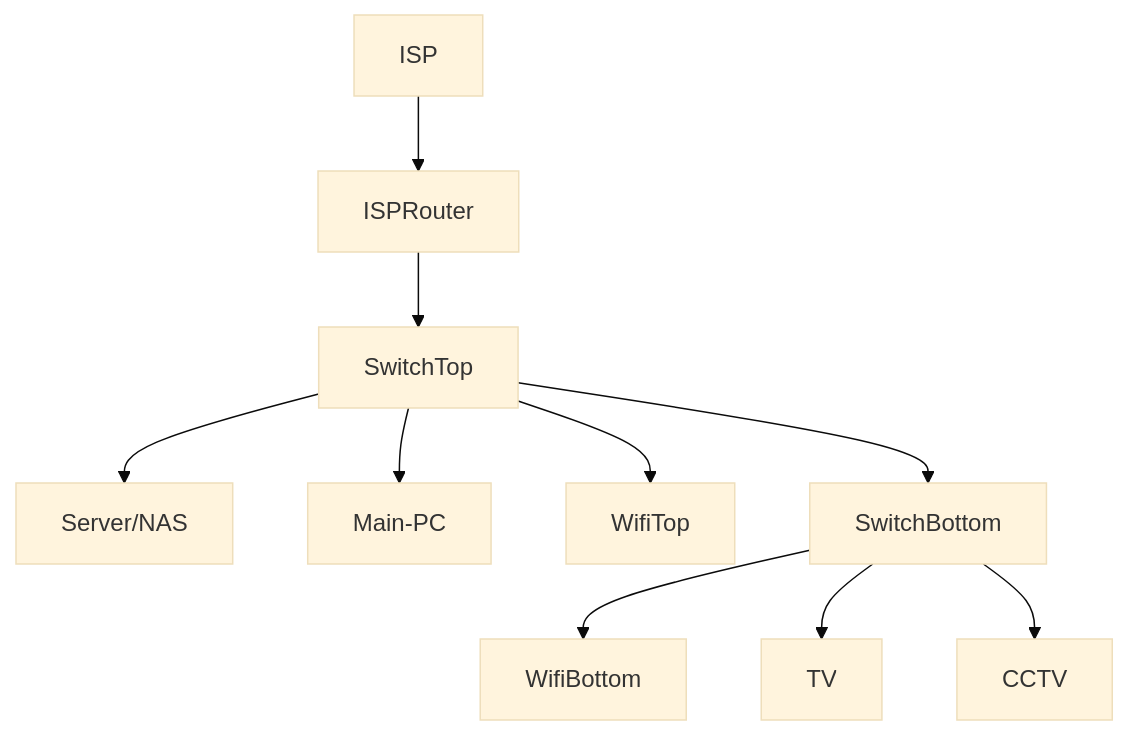
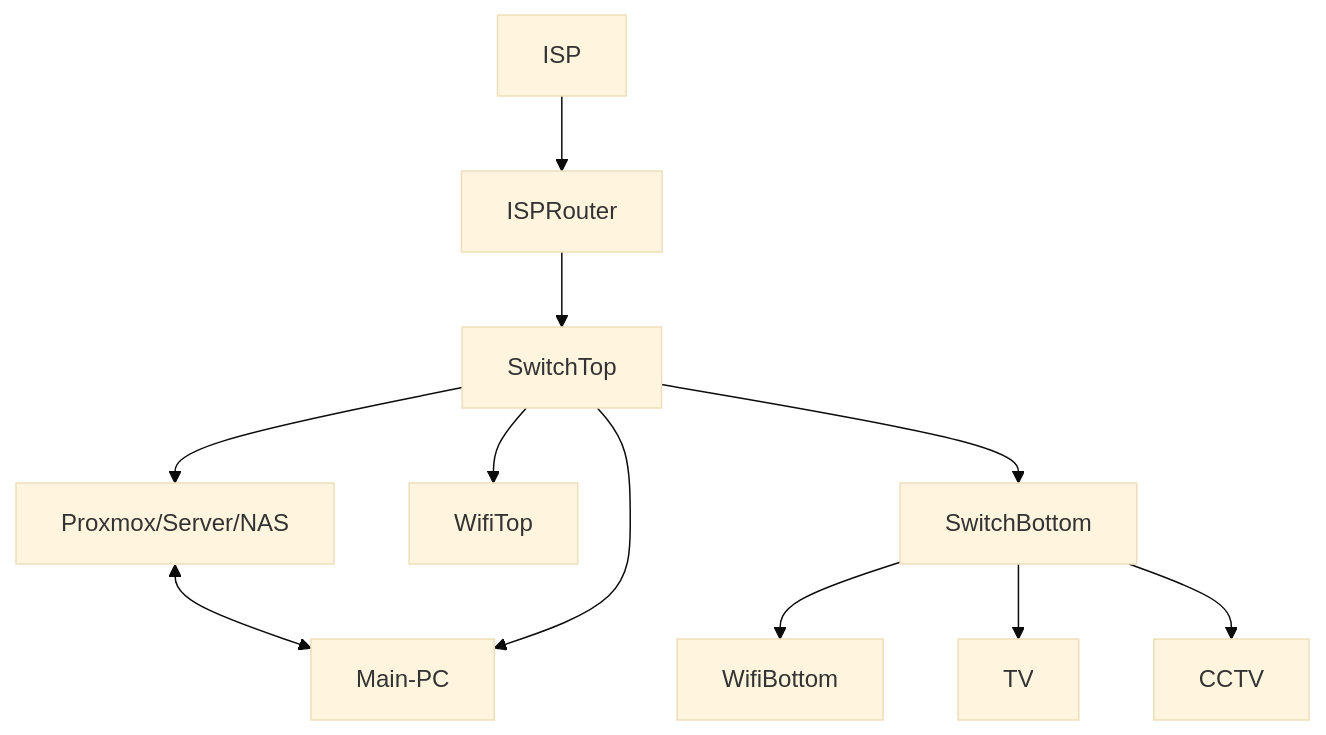
The second of 3 diagrams in content/Notes/homenetwork.md (jnkk/digital-garden), drawn with Mermaid (base theme) before and after one commit. The commit also changed other lines of this file, not shown here.

````diff
--- a/content/Notes/homenetwork.md
+++ b/content/Notes/homenetwork.md
@@ -19,12 +19,13 @@
 ```mermaid
 graph TD
   ISP-->ISPRouter
   ISPRouter-->SwitchTop
-  SwitchTop-->Server/NAS
+  SwitchTop-->Proxmox/Server/NAS
+  Proxmox/Server/NAS<-->Main-PC
   SwitchTop-->Main-PC
   SwitchTop-->WifiTop
   SwitchTop-->SwitchBottom
   SwitchBottom-->WifiBottom
   SwitchBottom-->TV
   SwitchBottom-->CCTV
 ```
````
